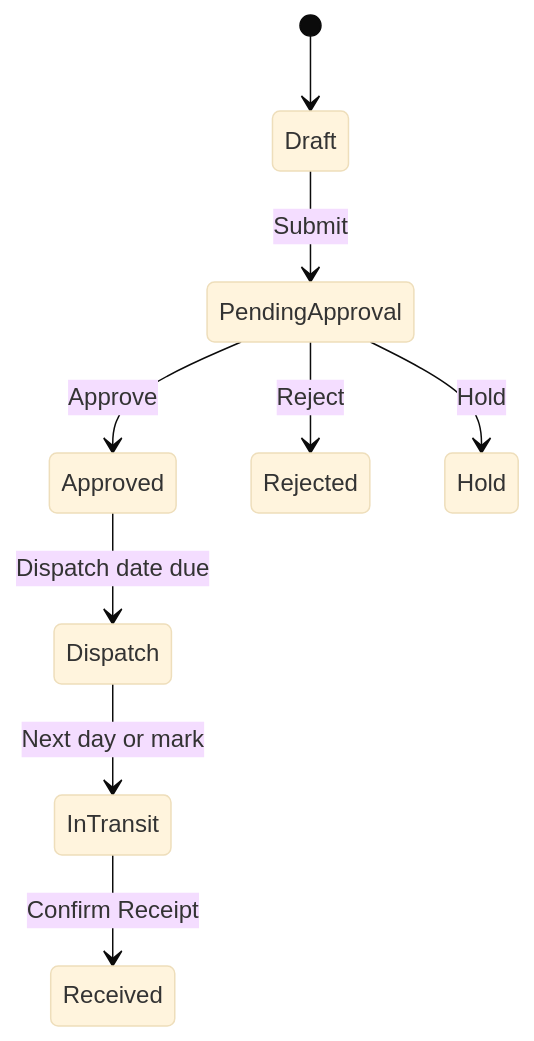
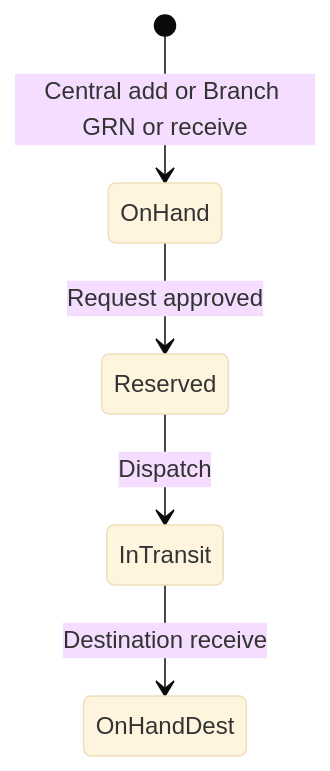
Before and after one commit to Aurifex-Innovations/ERP_docs: the ninth of 9 diagrams in v0_final_docs/stock-management.md, drawn with Mermaid (base theme). The commit also changed other lines of this file, not shown here.

````diff
--- a/v0_final_docs/stock-management.md
+++ b/v0_final_docs/stock-management.md
@@ -813,11 +470,7 @@
 ```mermaid
 stateDiagram-v2
-  [*] --> Draft
-  Draft --> PendingApproval: Submit
-  PendingApproval --> Approved: Approve
-  PendingApproval --> Rejected: Reject
-  PendingApproval --> Hold: Hold
-  Approved --> Dispatch: Dispatch date due
-  Dispatch --> InTransit: Next day or mark
-  InTransit --> Received: Confirm Receipt
+  [*] --> OnHand: Central add or Branch GRN or receive
+  OnHand --> Reserved: Request approved
+  Reserved --> InTransit: Dispatch
+  InTransit --> OnHandDest: Destination receive
 ```
````
